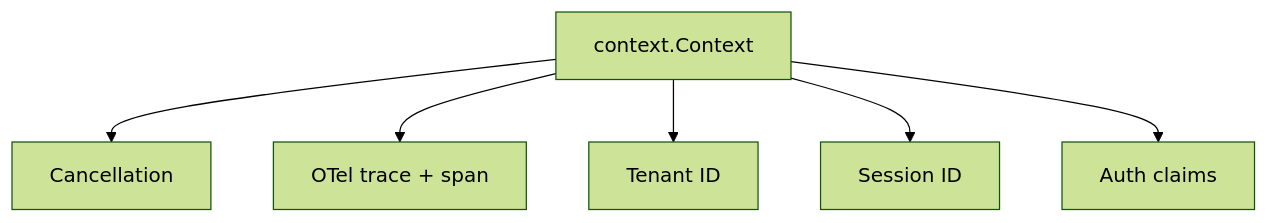
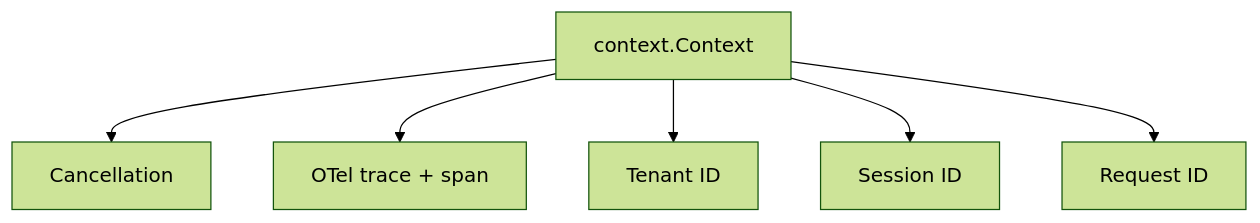
The second of 2 diagrams in docs/architecture/02-core-primitives.md (lookatitude/beluga-ai), drawn with Mermaid (forest theme) before and after one commit. The commit also changed other lines of this file and 109 other files, not shown here.

````diff
--- a/docs/architecture/02-core-primitives.md
+++ b/docs/architecture/02-core-primitives.md
@@ -162,9 +153,9 @@
 ```mermaid
 graph TD
   Ctx[context.Context]
   Ctx --> Cancel[Cancellation]
   Ctx --> Otel[OTel trace + span]
   Ctx --> Tenant[Tenant ID]
   Ctx --> Session[Session ID]
-  Ctx --> Auth[Auth claims]
+  Ctx --> Req[Request ID]
 ```
````
